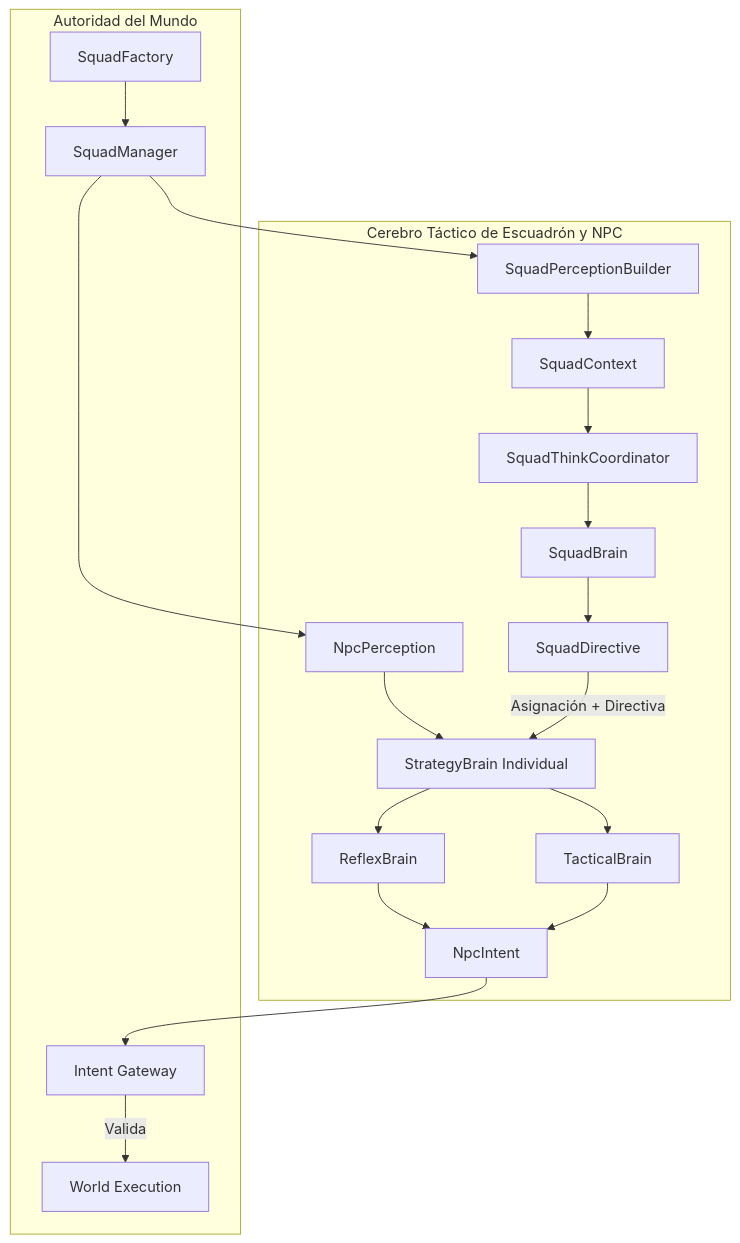
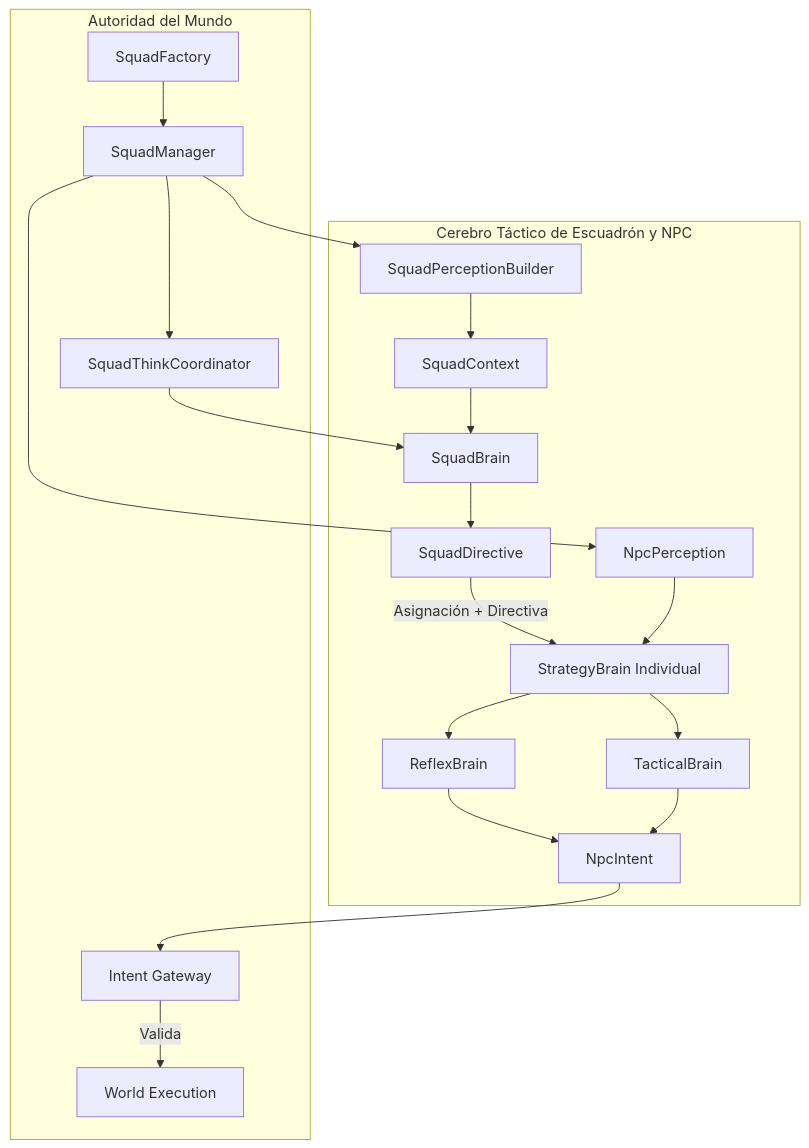
One commit to Oravlalesco/l2dn-server changed the diagram in L2Dn/Documentation/Architecture/Roadmap/03_Fase_4E_Squad_Intelligence.md. Above: the diagram before and after it, drawn with Mermaid. The commit also changed other lines of this file and 18 other files, not shown here.

Commit message:
docs(npc-ai): refine roadmap, add ADR-015/016, and subphases 4D.5, 4FA/B, 4IA/B

````diff
--- a/L2Dn/Documentation/Architecture/Roadmap/03_Fase_4E_Squad_Intelligence.md
+++ b/L2Dn/Documentation/Architecture/Roadmap/03_Fase_4E_Squad_Intelligence.md
@@ -16,26 +17,27 @@
 ```mermaid
 flowchart TD
     subgraph L2Dn.Npc.Brain [Cerebro Táctico de Escuadrón y NPC]
         SPB[SquadPerceptionBuilder] --> SC[SquadContext]
-        SC --> SCoordinator[SquadThinkCoordinator]
-        SCoordinator --> SB[SquadBrain]
+        SC --> SB[SquadBrain]
         SB --> SD[SquadDirective]
         
         SD --> |Asignación + Directiva| NpcBrain[StrategyBrain Individual]
         NP[NpcPerception] --> NpcBrain
         
         NpcBrain --> RB[ReflexBrain]
         NpcBrain --> TB[TacticalBrain]
         RB --> NI[NpcIntent]
         TB --> NI
     end
 
     subgraph L2Dn.GameServer.Model [Autoridad del Mundo]
         SF[SquadFactory] --> SM[SquadManager]
         SM --> NP
         SM --> SPB
+        SM --> SCoordinator[SquadThinkCoordinator]
+        SCoordinator --> SB
         IG[Intent Gateway] --> |Valida| Autoridad[World Execution]
     end
 
     NI --> IG
 ```
````
